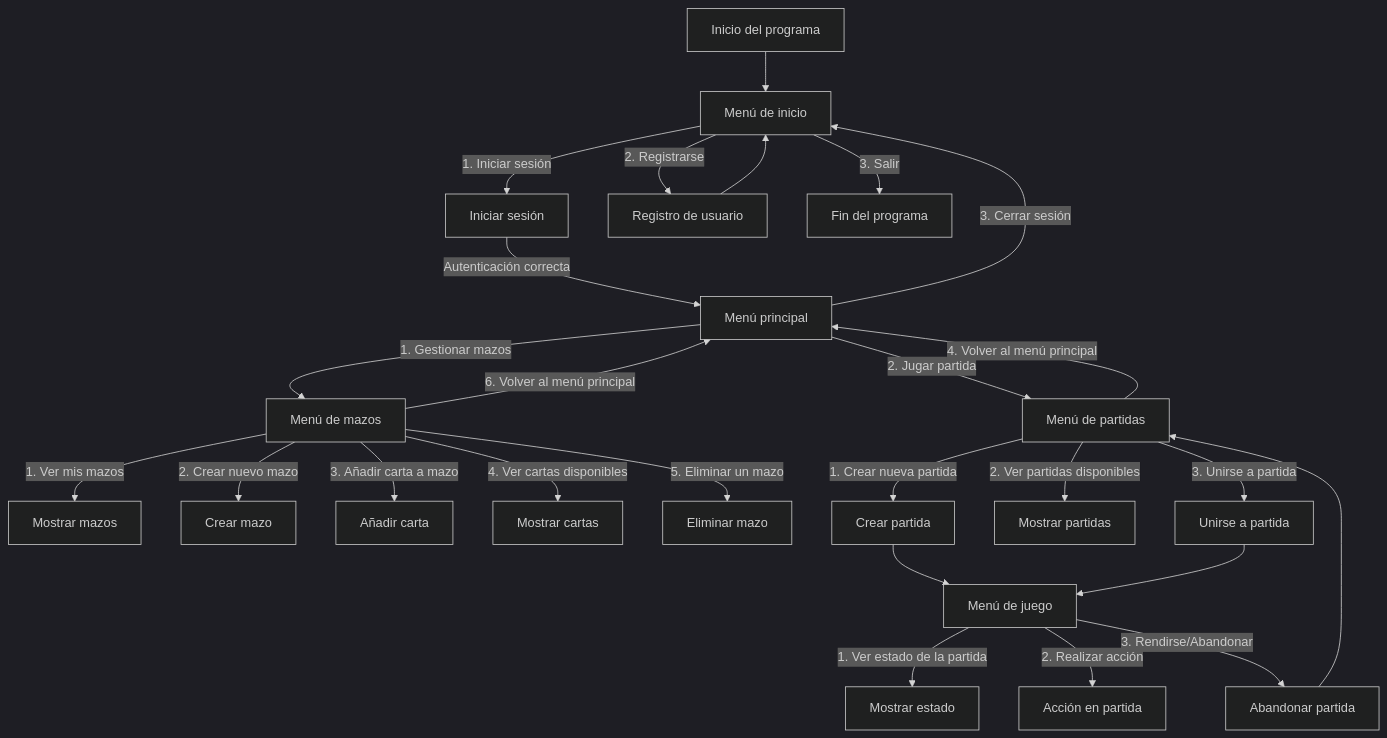
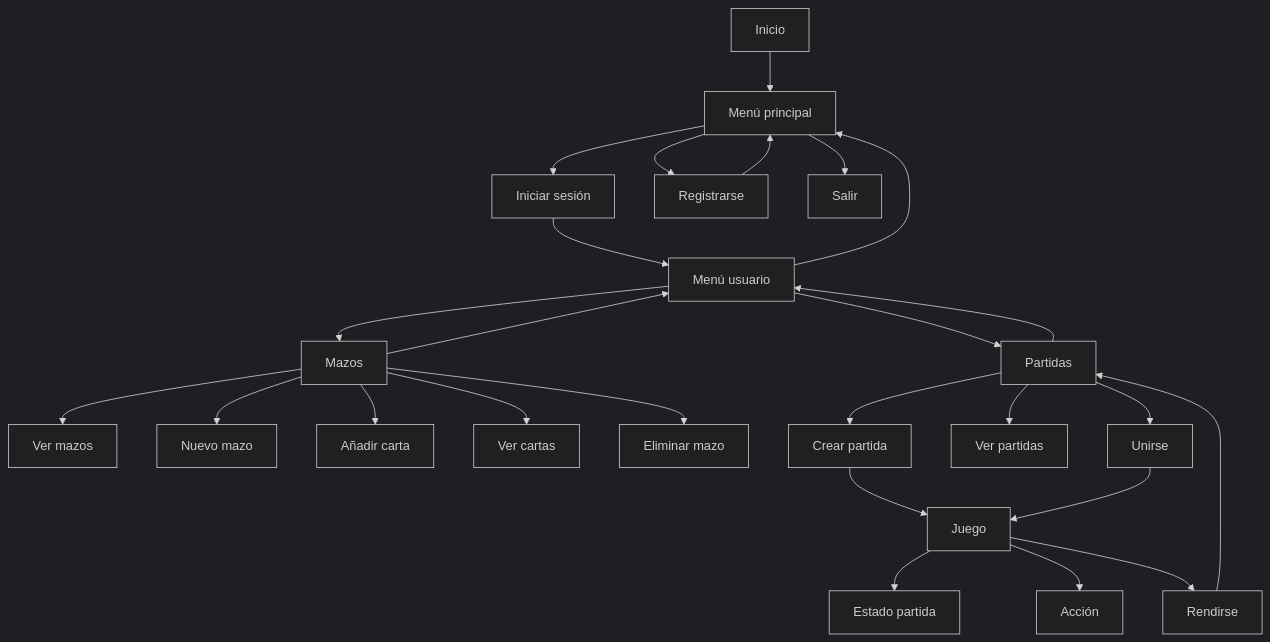
Before and after one commit to Dariella06/Rifters: the diagram in Diagramas/Wireframe_login.mermaid, drawn with Mermaid (dark theme).

Commit message:
Actualizar el codigo por mensjaes de errores

```diff
--- a/Diagramas/Wireframe_login.mermaid
+++ b/Diagramas/Wireframe_login.mermaid
@@ -1,31 +1,32 @@
 flowchart TD
-    Inicio[Inicio del programa] --> MenuInicio[Menú de inicio]
-    MenuInicio --> |"1. Iniciar sesión"| IniciarSesion[Iniciar sesión]
-    MenuInicio --> |"2. Registrarse"| Registrarse[Registro de usuario]
-    IniciarSesion --> |"Autenticación correcta"| MenuPrincipal[Menú principal]
-    Registrarse --> MenuInicio
-    MenuInicio --> |"3. Salir"| Fin[Fin del programa]
+    Inicio --> Menu["Menú principal"]
+    Menu --> Login["Iniciar sesión"]
+    Menu --> Registro["Registrarse"]
+    Menu --> Fin["Salir"]
 
-    MenuPrincipal --> |"1. Gestionar mazos"| MenuMazos[Menú de mazos]
-    MenuPrincipal --> |"2. Jugar partida"| MenuPartidas[Menú de partidas]
-    MenuPrincipal --> |"3. Cerrar sesión"| MenuInicio
+    Login --> Principal["Menú usuario"]
+    Registro --> Menu
 
-    MenuMazos --> |"1. Ver mis mazos"| VerMazos[Mostrar mazos]
-    MenuMazos --> |"2. Crear nuevo mazo"| CrearMazo[Crear mazo]
-    MenuMazos --> |"3. Añadir carta a mazo"| AñadirCarta[Añadir carta]
-    MenuMazos --> |"4. Ver cartas disponibles"| VerCartas[Mostrar cartas]
-    MenuMazos --> |"5. Eliminar un mazo"| EliminarMazo[Eliminar mazo]
-    MenuMazos --> |"6. Volver al menú principal"| MenuPrincipal
+    Principal --> Mazos
+    Principal --> Partidas
+    Principal --> Menu
 
-    MenuPartidas --> |"1. Crear nueva partida"| CrearPartida[Crear partida]
-    MenuPartidas --> |"2. Ver partidas disponibles"| VerPartidas[Mostrar partidas]
-    MenuPartidas --> |"3. Unirse a partida"| UnirsePartida[Unirse a partida]
-    MenuPartidas --> |"4. Volver al menú principal"| MenuPrincipal
+    Mazos --> VerMazos["Ver mazos"]
+    Mazos --> CrearMazo["Nuevo mazo"]
+    Mazos --> AñadirCarta["Añadir carta"]
+    Mazos --> VerCartas["Ver cartas"]
+    Mazos --> EliminarMazo["Eliminar mazo"]
+    Mazos --> Principal
 
-    CrearPartida --> MenuJuego[Menú de juego]
-    UnirsePartida --> MenuJuego
+    Partidas --> NuevaPartida["Crear partida"]
+    Partidas --> VerPartidas["Ver partidas"]
+    Partidas --> UnirsePartida["Unirse"]
+    Partidas --> Principal
 
-    MenuJuego --> |"1. Ver estado de la partida"| Estado[Mostrar estado]
-    MenuJuego --> |"2. Realizar acción"| Accion[Acción en partida]
-    MenuJuego --> |"3. Rendirse/Abandonar"| Rendirse[Abandonar partida]
-    Rendirse --> MenuPartidas
+    NuevaPartida --> Juego
+    UnirsePartida --> Juego
+
+    Juego --> Estado["Estado partida"]
+    Juego --> Accion["Acción"]
+    Juego --> Rendirse["Rendirse"]
+    Rendirse --> Partidas
```
